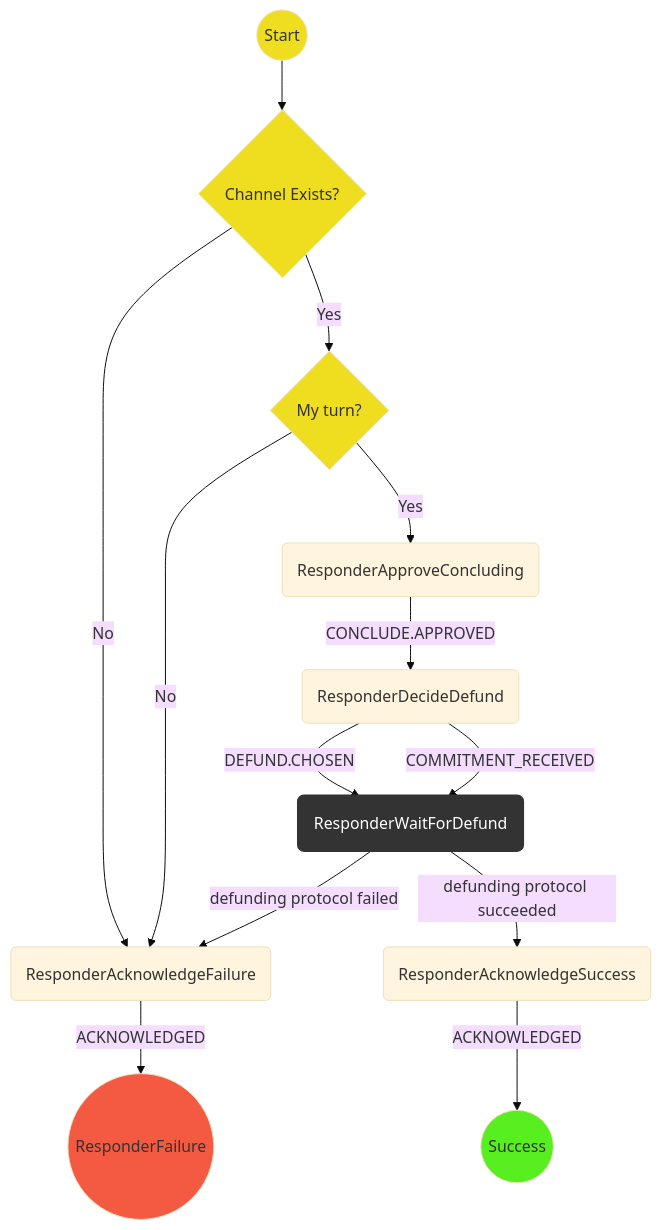
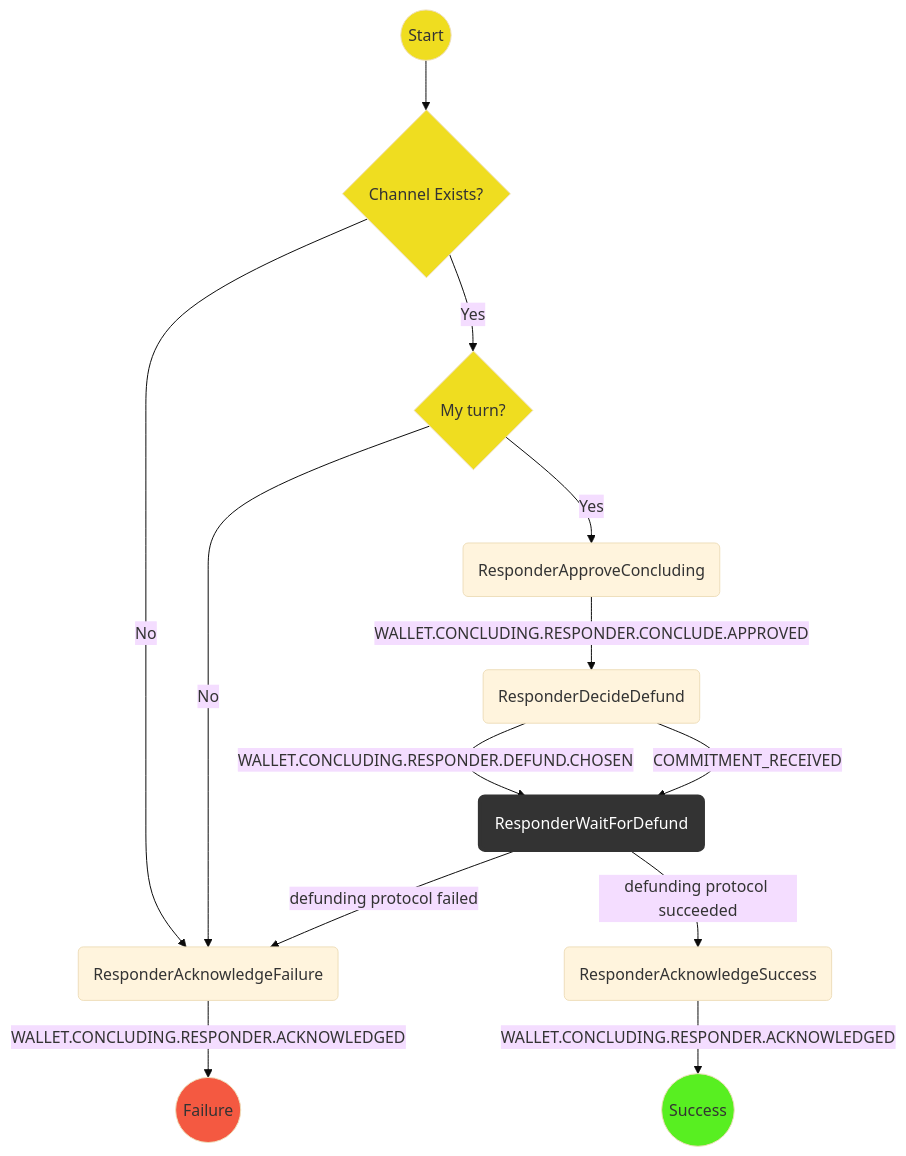
Before and after one commit to statechannels/statechannels: the diagram in packages/wallet/packages/wallet/src/redux/protocols/concluding/responder/readme.md, drawn with Mermaid (base theme). The commit also changed 158 other files, not shown here.

````diff
--- a/packages/wallet/packages/wallet/src/redux/protocols/concluding/responder/readme.md
+++ b/packages/wallet/packages/wallet/src/redux/protocols/concluding/responder/readme.md
@@ -21,24 +21,24 @@
 ```mermaid
 graph TD
 linkStyle default interpolate basis
   S((Start)) --> E{Channel Exists?}
   E --> |No| AF(ResponderAcknowledgeFailure)
-  AF -->|ACKNOWLEDGED| F((ResponderFailure))
+  AF -->|WALLET.CONCLUDING.RESPONDER.ACKNOWLEDGED| F((Failure))
   E --> |Yes| MT{My turn?}
   MT  --> |Yes| CC(ResponderApproveConcluding)
   MT  --> |No| AF(ResponderAcknowledgeFailure)
-  CC  --> |CONCLUDE.APPROVED| DD(ResponderDecideDefund)
-  DD --> |DEFUND.CHOSEN| D(ResponderWaitForDefund)
+  CC  --> |WALLET.CONCLUDING.RESPONDER.CONCLUDE.APPROVED| DD(ResponderDecideDefund)
+  DD --> |WALLET.CONCLUDING.RESPONDER.DEFUND.CHOSEN| D(ResponderWaitForDefund)
   DD --> |COMMITMENT_RECEIVED| D(ResponderWaitForDefund)
   D   --> |defunding protocol succeeded| AS(ResponderAcknowledgeSuccess)
-  AS -->  |ACKNOWLEDGED| SS((Success))
+  AS -->  |WALLET.CONCLUDING.RESPONDER.ACKNOWLEDGED| SS((Success))
   D   --> |defunding protocol failed| AF(ResponderAcknowledgeFailure)
   classDef logic fill:#efdd20;
   classDef Success fill:#58ef21;
   classDef Failure fill:#f45941;
   classDef WaitForChildProtocol stroke:#333,stroke-width:4px,color:#ffff,fill:#333;
   class S,E,MT logic;
   class SS Success;
   class F Failure;
   class D WaitForChildProtocol;
 ```
````
